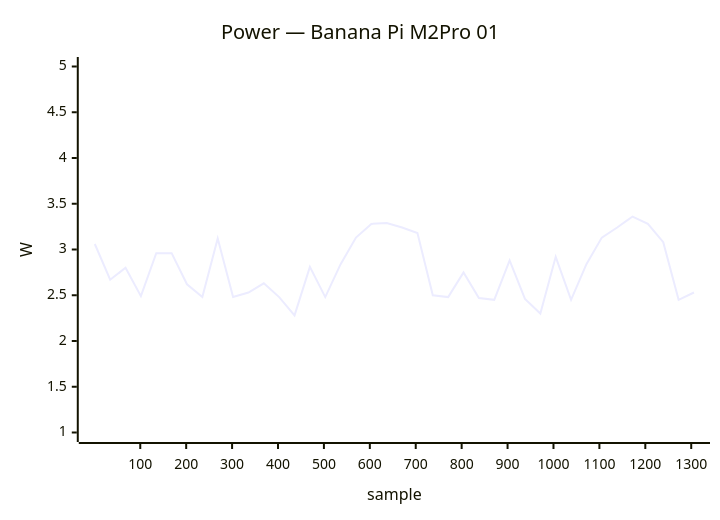
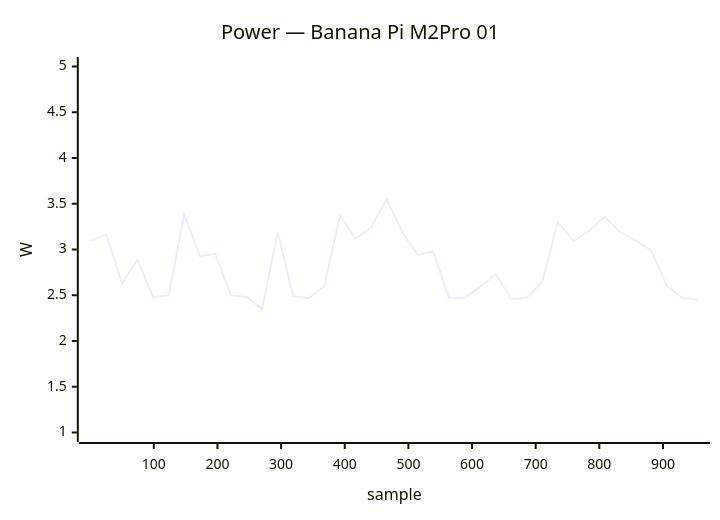
Before and after one commit to armbian/documentation: the tenth of 35 diagrams in docs/status/board-tests.md, drawn with Mermaid. The commit also changed other lines of this file, not shown here.

````diff
--- a/docs/status/board-tests.md
+++ b/docs/status/board-tests.md
@@ -369,7 +511,7 @@
 ```mermaid
 xychart-beta
     title "Power — Banana Pi M2Pro 01"
-    x-axis "sample" 1 --> 1306
+    x-axis "sample" 1 --> 955
     y-axis "W" 1.0 --> 5.0
-    line [3.06, 2.67, 2.80, 2.49, 2.96, 2.96, 2.62, 2.48, 3.12, 2.48, 2.53, 2.63, 2.48, 2.28, 2.81, 2.48, 2.84, 3.13, 3.28, 3.29, 3.24, 3.18, 2.50, 2.48, 2.75, 2.47, 2.45, 2.88, 2.46, 2.30, 2.92, 2.45, 2.84, 3.13, 3.24, 3.36, 3.28, 3.08, 2.45, 2.53]
+    line [3.10, 3.16, 2.63, 2.89, 2.48, 2.50, 3.38, 2.93, 2.95, 2.50, 2.48, 2.35, 3.19, 2.49, 2.47, 2.60, 3.37, 3.12, 3.24, 3.55, 3.19, 2.94, 2.98, 2.47, 2.47, 2.59, 2.73, 2.46, 2.47, 2.65, 3.30, 3.09, 3.20, 3.36, 3.19, 3.10, 2.99, 2.60, 2.47, 2.45]
 ```
````
